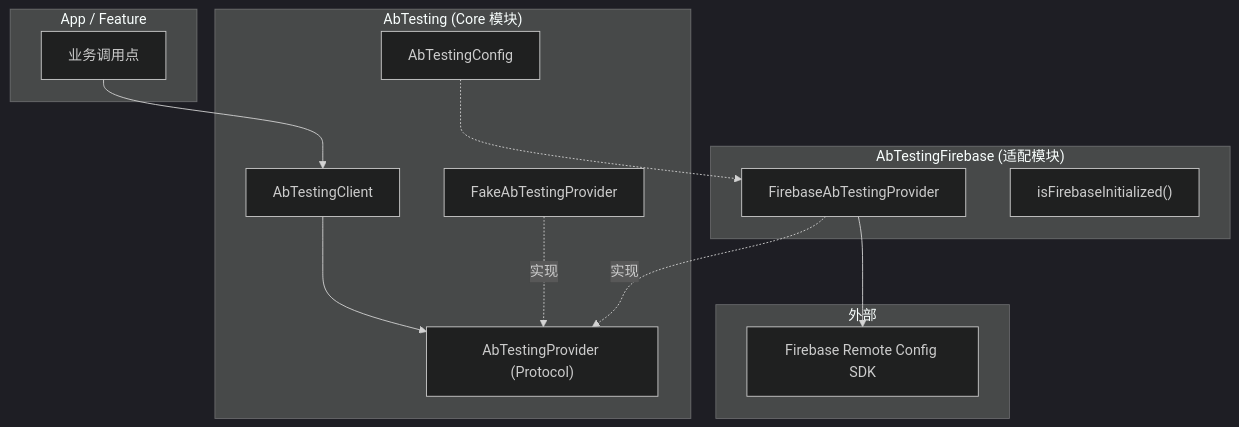
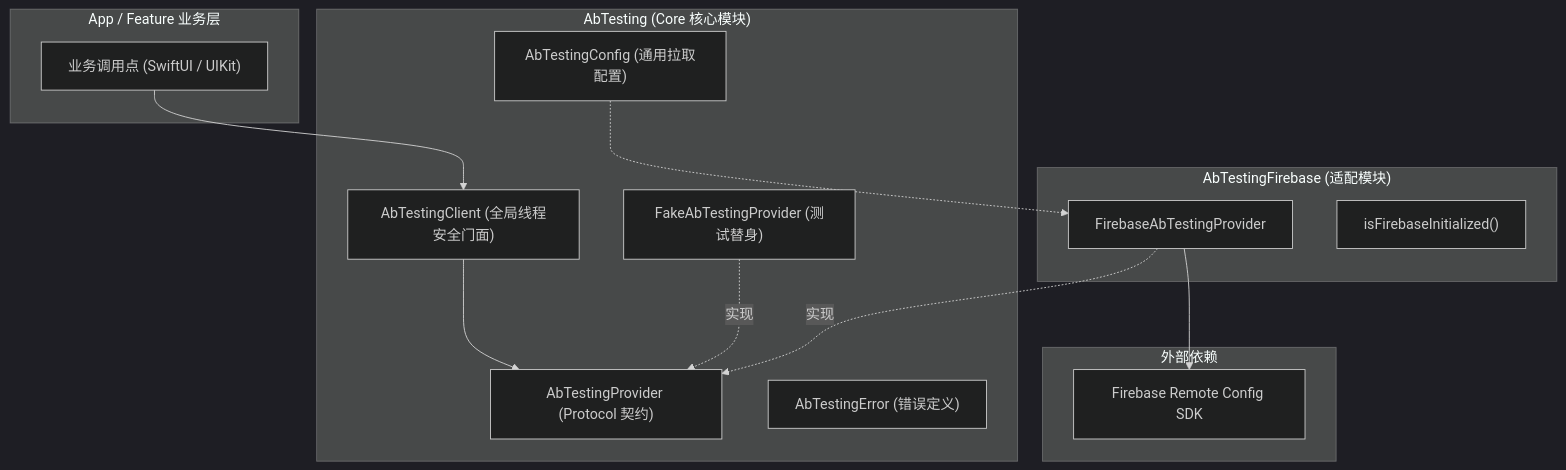
The first of 2 diagrams in README.md (e-hai/AbTestingKit-iOS), drawn with Mermaid (dark theme) before and after one commit. The commit also changed other lines of this file and 1 other file, not shown here.

````diff
--- a/README.md
+++ b/README.md
@@ -7,29 +14,30 @@
 ```mermaid
 flowchart TB
-  subgraph app [App / Feature]
-    CallSites["业务调用点"]
+  subgraph app [App / Feature 业务层]
+    CallSites["业务调用点 (SwiftUI / UIKit)"]
   end
 
-  subgraph core ["AbTesting (Core 模块)"]
-    Client["AbTestingClient"]
-    Provider["AbTestingProvider (Protocol)"]
-    Fake["FakeAbTestingProvider"]
-    Config["AbTestingConfig"]
+  subgraph core ["AbTesting (Core 核心模块)"]
+    Client["AbTestingClient (全局线程安全门面)"]
+    Provider["AbTestingProvider (Protocol 契约)"]
+    Fake["FakeAbTestingProvider (测试替身)"]
+    Config["AbTestingConfig (通用拉取配置)"]
+    Error["AbTestingError (错误定义)"]
   end
 
   subgraph firebaseMod ["AbTestingFirebase (适配模块)"]
     FirebaseProvider["FirebaseAbTestingProvider"]
     FirebaseAvail["isFirebaseInitialized()"]
   end
 
-  subgraph external [外部]
+  subgraph external [外部依赖]
     FRC["Firebase Remote Config SDK"]
   end
 
   CallSites --> Client
   Client --> Provider
   Fake -.实现.-> Provider
   FirebaseProvider -.实现.-> Provider
   FirebaseProvider --> FRC
   Config -.-> FirebaseProvider
 ```
````
